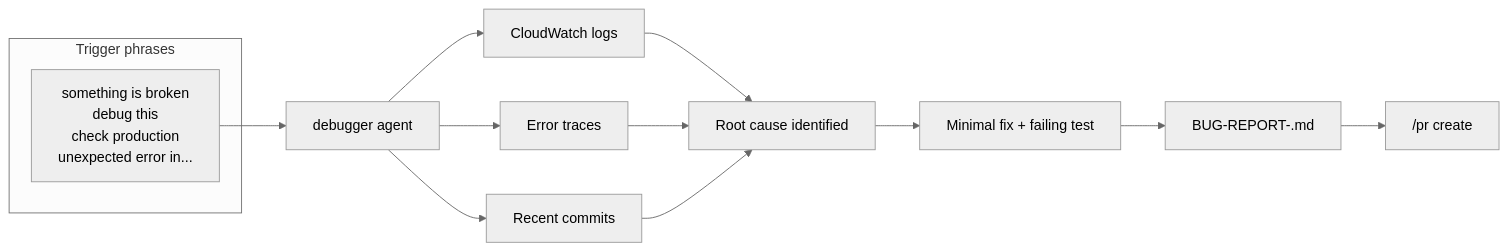
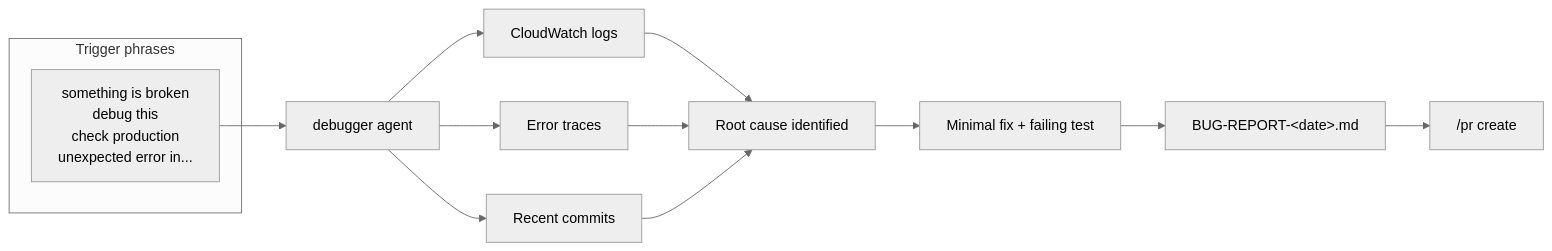
The ninth of 12 diagrams in README.md (manikumarkv/devrunway-claude-plugin), drawn with Mermaid (neutral theme) before and after one commit. The commit also changed other lines of this file, not shown here.

````diff
--- a/README.md
+++ b/README.md
@@ -328,15 +284,15 @@
 ```mermaid
 flowchart LR
     subgraph Trigger["Trigger phrases"]
         T["something is broken\ndebug this\ncheck production\nunexpected error in..."]
     end
 
     T --> DBG[debugger agent]
     DBG --> CW[CloudWatch logs]
     DBG --> TR[Error traces]
     DBG --> RC[Recent commits]
     CW & TR & RC --> ROOT[Root cause identified]
     ROOT --> FIX[Minimal fix + failing test]
-    FIX --> RPT["BUG-REPORT-<date>.md"]
+    FIX --> RPT["BUG-REPORT-&lt;date&gt;.md"]
     RPT --> PR["/pr create"]
 ```
````
